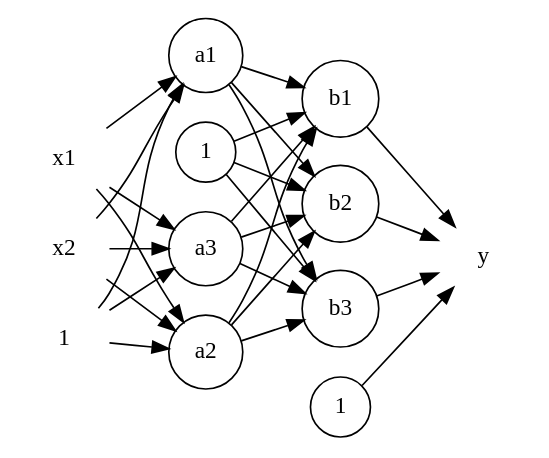
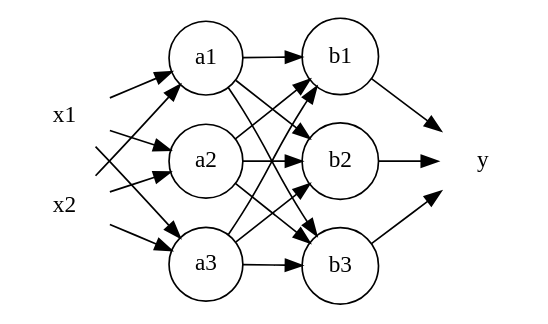
Before and after one commit to fanfannothing/zhangkaixu.github.com: the diagram in deep.rst, drawn with Graphviz. The commit also changed other lines of this file, not shown here.

```diff
--- a/deep.rst
+++ b/deep.rst
@@ -10,28 +15,29 @@
 .. graphviz::
 
     digraph grph{
     rankdir=LR;
     node [shape = none];
     x1;
     x2;
-    xx[label="1"];
+    //xx[label="1"];
     y;
     node [shape = circle];
     {rank=same;
     h11[label="a1"] h12[label="a2"] h13[label="a3"]; 
-    h14[label="1"];
+    //h14[label="1"];
     };
-    x1 -> h11;x2->h11;xx->h11;
-    x1 -> h12;x2->h12;xx->h12;
-    x1 -> h13;x2->h13;xx->h13;
-    h11->h14 [style=invis]
+    x1 -> h11;x2->h11;//xx->h11;
+    x1 -> h12;x2->h12;//xx->h12;
+    x1 -> h13;x2->h13;//xx->h13;
+    //h11->h14 [style=invis]
 
-    h21[label="b1"] h22[label="b2"] h23[label="b3"] h24[label="1"];
+    h21[label="b1"] h22[label="b2"] h23[label="b3"];
+    //h24[label="1"];
 
     h11->h21;h12->h21;h13->h21;
     h11->h22;h12->h22;h13->h22;
     h11->h23;h12->h23;h13->h23;
-    h14->h21;h14->h22;h14->h23;
+    //h14->h21;h14->h22;h14->h23;
     h21->y;
-    h22->y;h23->y;h24->y;
+    h22->y;h23->y;//h24->y;
     }
```
